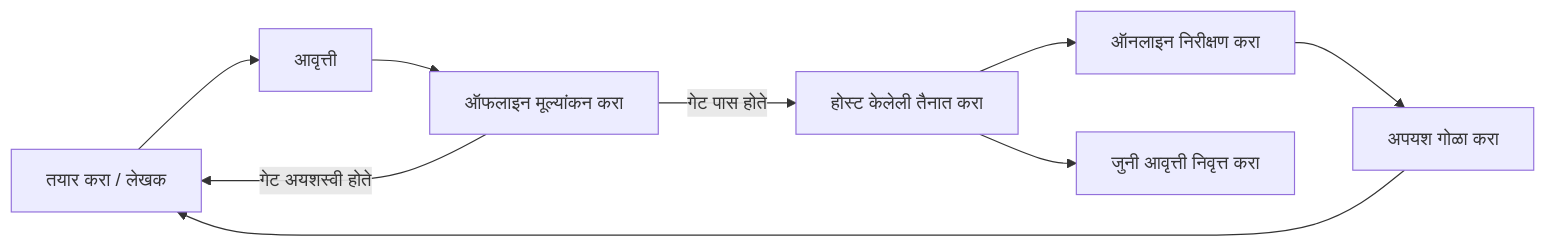
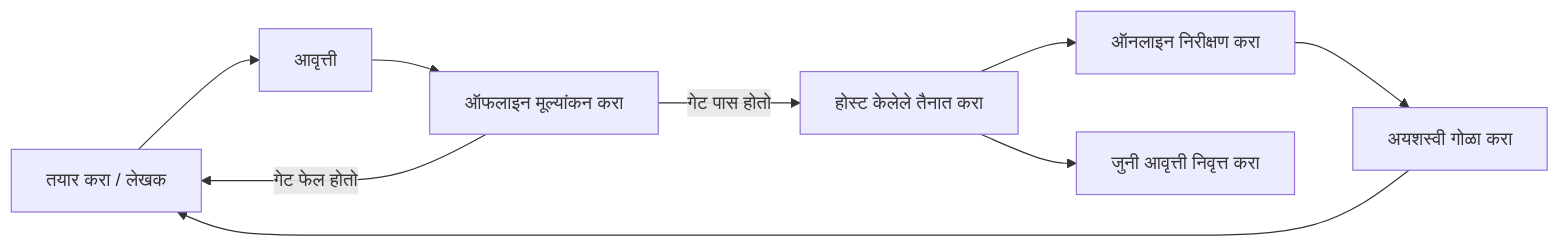
Before and after one commit to gabrielmoreira/agent-skills-mirror: the second of 4 diagrams in mirrors/repos/microsoft@ai-agents-for-beginners/translations/mr/16-deploying-scalable-agents/README.md, drawn with Mermaid. The commit also changed other lines of this file and 3581 other files, not shown here.

````diff
--- a/mirrors/repos/microsoft@ai-agents-for-beginners/translations/mr/16-deploying-scalable-agents/README.md
+++ b/mirrors/repos/microsoft@ai-agents-for-beginners/translations/mr/16-deploying-scalable-agents/README.md
@@ -108,11 +108,11 @@
 ```mermaid
 flowchart LR
     Create[तयार करा / लेखक] --> Version[आवृत्ती]
     Version --> Evaluate[ऑफलाइन मूल्यांकन करा]
-    Evaluate -->|गेट पास होते| Deploy[होस्ट केलेली तैनात करा]
-    Evaluate -->|गेट अयशस्वी होते| Create
+    Evaluate -->|गेट पास होतो| Deploy[होस्ट केलेले तैनात करा]
+    Evaluate -->|गेट फेल होतो| Create
     Deploy --> Observe[ऑनलाइन निरीक्षण करा]
-    Observe --> Improve[अपयश गोळा करा]
+    Observe --> Improve[अयशस्वी गोळा करा]
     Improve --> Create
     Deploy --> Retire[जुनी आवृत्ती निवृत्त करा]
 ```
````
